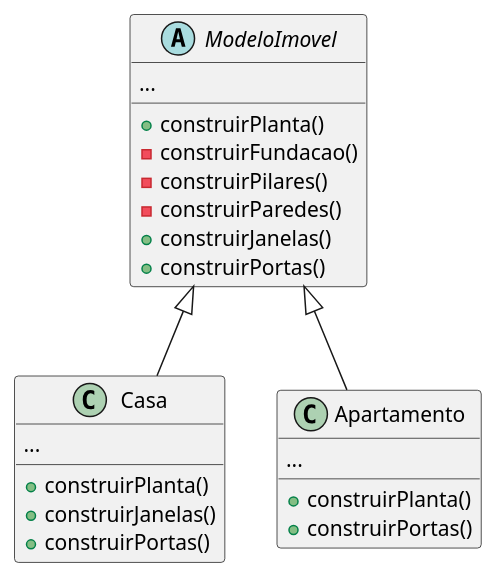
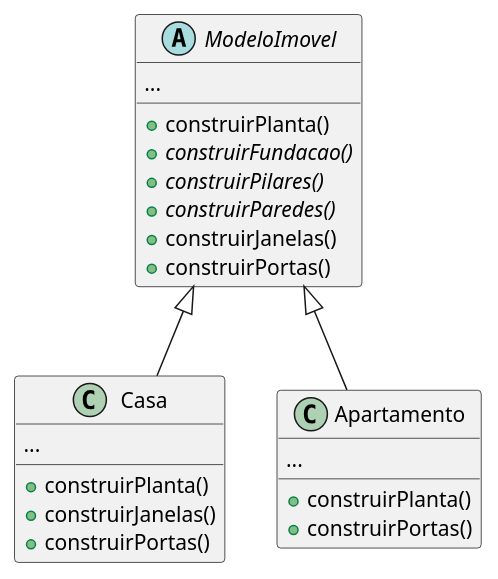
One commit to 20231-ifba-saj-ads-ppr/blog-material-aula changed the first of 2 diagrams in posts/XX_Template_Method.md. Above: the diagram before and after it, drawn with PlantUML. The commit also changed other lines of this file and 4 other files, not shown here.

````diff
--- a/posts/XX_Template_Method.md
+++ b/posts/XX_Template_Method.md
@@ -26,31 +24,31 @@
 ```plantuml
 @startuml
 abstract class  "ModeloImovel"{
  ...
  +construirPlanta()
- -construirFundacao()
- -construirPilares()
- -construirParedes()
+ +{abstract} construirFundacao()
+ +{abstract} construirPilares()
+ +{abstract} construirParedes()
  +construirJanelas()
  +construirPortas()
 }
 
 
 class Casa{
  ...
  +construirPlanta()
  +construirJanelas()
  +construirPortas()
 }
 
 class Apartamento{
  ...
  +construirPlanta()
  +construirPortas()
 }
 
 
 ModeloImovel^-- Casa
 ModeloImovel^-- Apartamento
 @enduml
 ```
````
